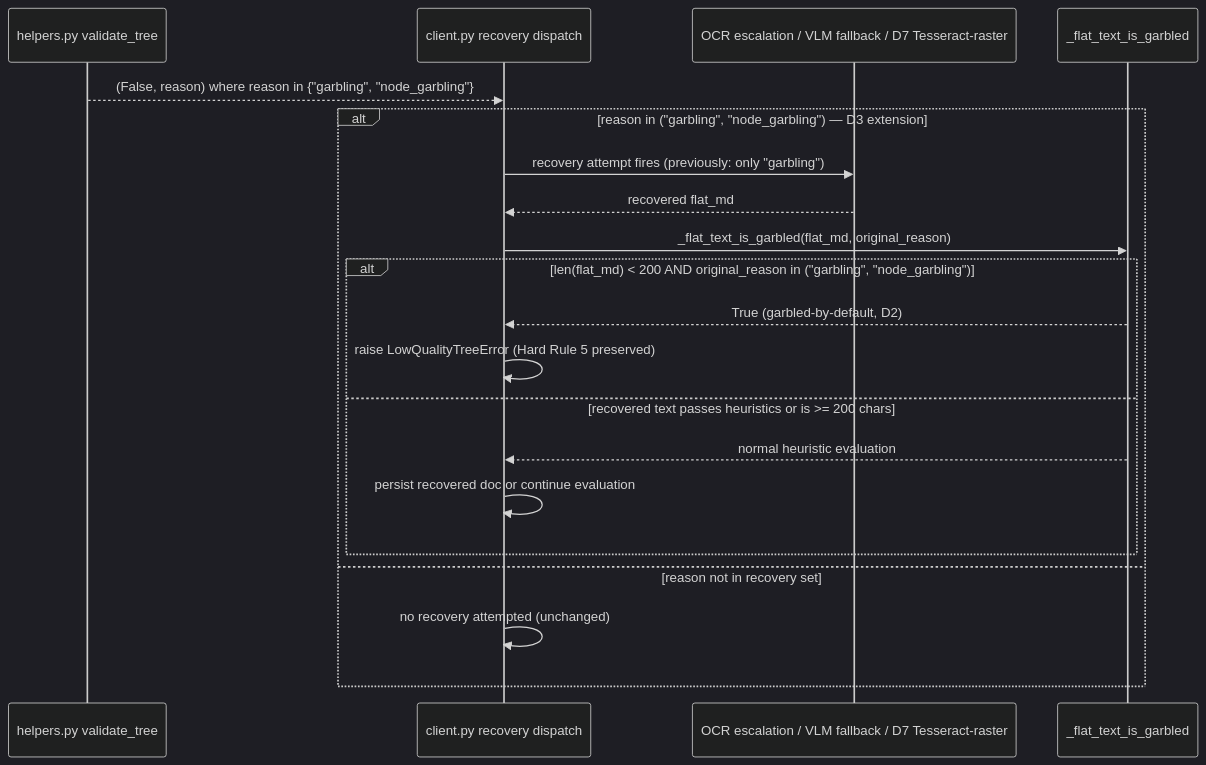
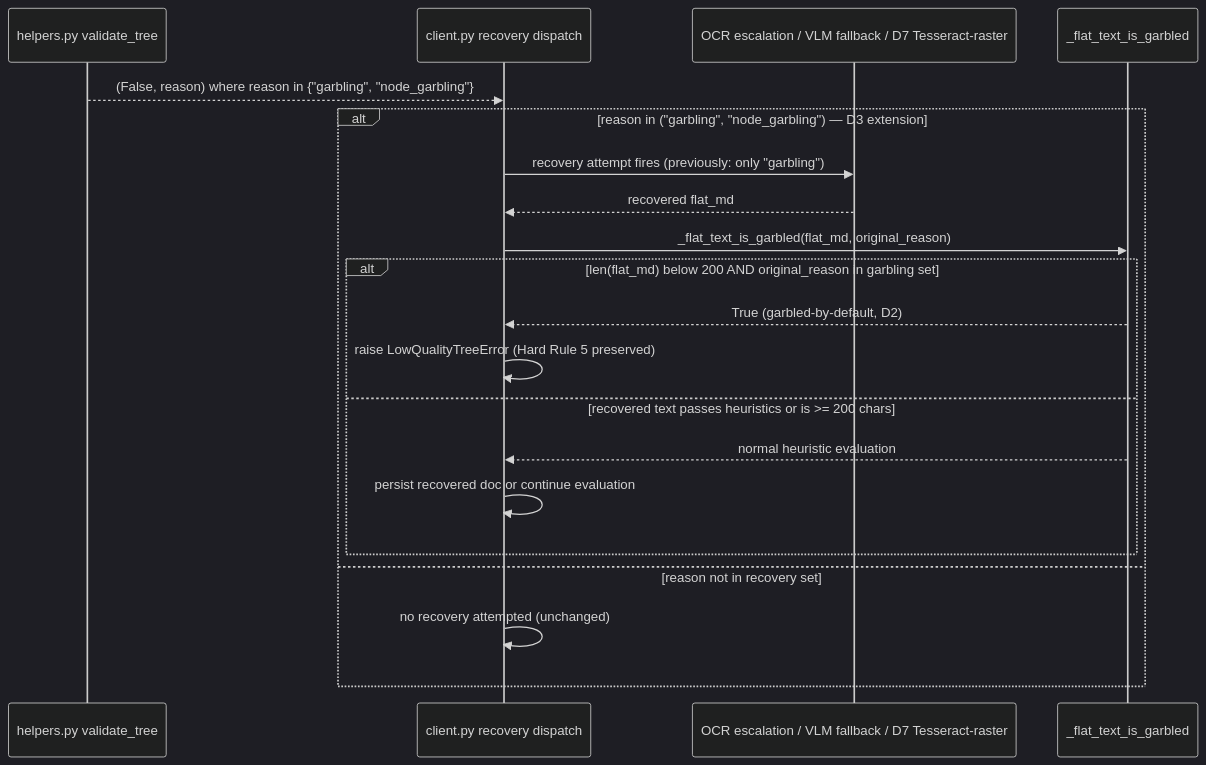
One commit to trehansalil/pageindex changed the fourth of 5 diagrams in .agents/designs/design-rfc025-run8-verdict-hysteresis-and-recovery-coverage.md. Above: the diagram before and after it, drawn with Mermaid (dark theme). The commit also changed other lines of this file and 9 other files, not shown here.

````diff
--- a/.agents/designs/design-rfc025-run8-verdict-hysteresis-and-recovery-coverage.md
+++ b/.agents/designs/design-rfc025-run8-verdict-hysteresis-and-recovery-coverage.md
@@ -197,23 +197,23 @@
 ```mermaid
 sequenceDiagram
   participant H as helpers.py validate_tree
   participant C as client.py recovery dispatch
   participant Rec as OCR escalation / VLM fallback / D7 Tesseract-raster
   participant Gate as _flat_text_is_garbled
 
   H-->>C: (False, reason) where reason in {"garbling", "node_garbling"}
   alt reason in ("garbling", "node_garbling") — D3 extension
     C->>Rec: recovery attempt fires (previously: only "garbling")
     Rec-->>C: recovered flat_md
     C->>Gate: _flat_text_is_garbled(flat_md, original_reason)
-    alt len(flat_md) < 200 AND original_reason in ("garbling", "node_garbling")
+    alt len(flat_md) below 200 AND original_reason in garbling set
       Gate-->>C: True (garbled-by-default, D2)
       C->>C: raise LowQualityTreeError (Hard Rule 5 preserved)
     else recovered text passes heuristics or is >= 200 chars
       Gate-->>C: normal heuristic evaluation
       C->>C: persist recovered doc or continue evaluation
     end
   else reason not in recovery set
     C->>C: no recovery attempted (unchanged)
   end
 ```
````
